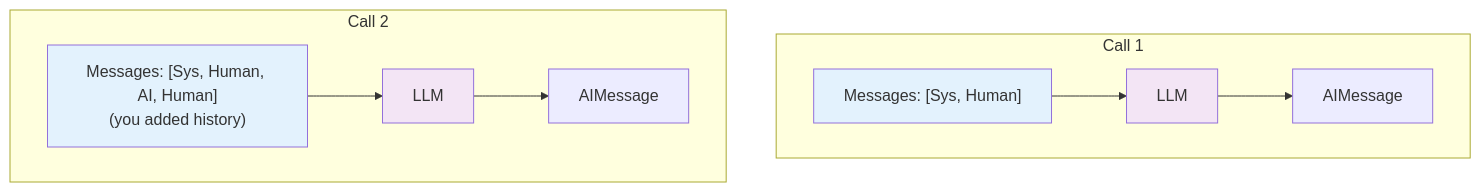
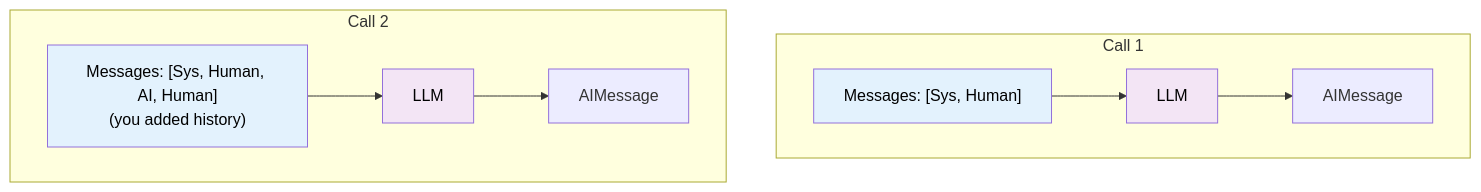
One commit to remolaan/Agentic-AI-Cookbook changed the third of 3 diagrams in 04_chat_models/README.md. Above: the diagram before and after it, drawn with Mermaid. The commit also changed other lines of this file and 45 other files, not shown here.

Commit message:
Fix Mermaid diagram text colors for readability across all READMEs

````diff
--- a/04_chat_models/README.md
+++ b/04_chat_models/README.md
@@ -96,16 +96,16 @@
 ```mermaid
 flowchart TB
     subgraph "Call 1"
         M1["Messages: [Sys, Human]"] --> L1["LLM"]
         L1 --> R1["AIMessage"]
     end
     subgraph "Call 2"
         M2["Messages: [Sys, Human, AI, Human]<br/>(you added history)"] --> L2["LLM"]
         L2 --> R2["AIMessage"]
     end
     
-    style M1 fill:#e3f2fd
-    style M2 fill:#e3f2fd
-    style L1 fill:#f3e5f5
-    style L2 fill:#f3e5f5
+    style M1 fill:#e3f2fd,color:#000000
+    style M2 fill:#e3f2fd,color:#000000
+    style L1 fill:#f3e5f5,color:#000000
+    style L2 fill:#f3e5f5,color:#000000
 ```
````
